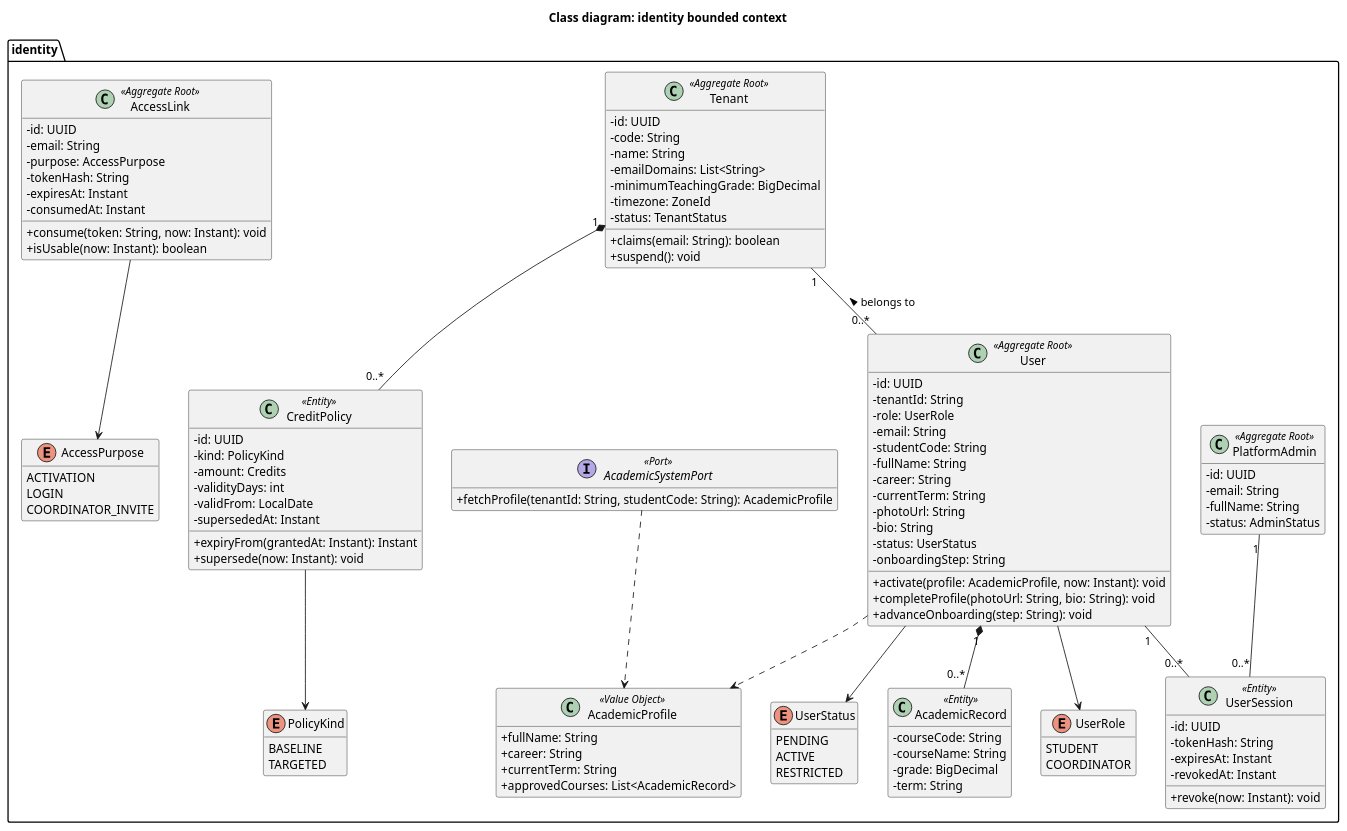
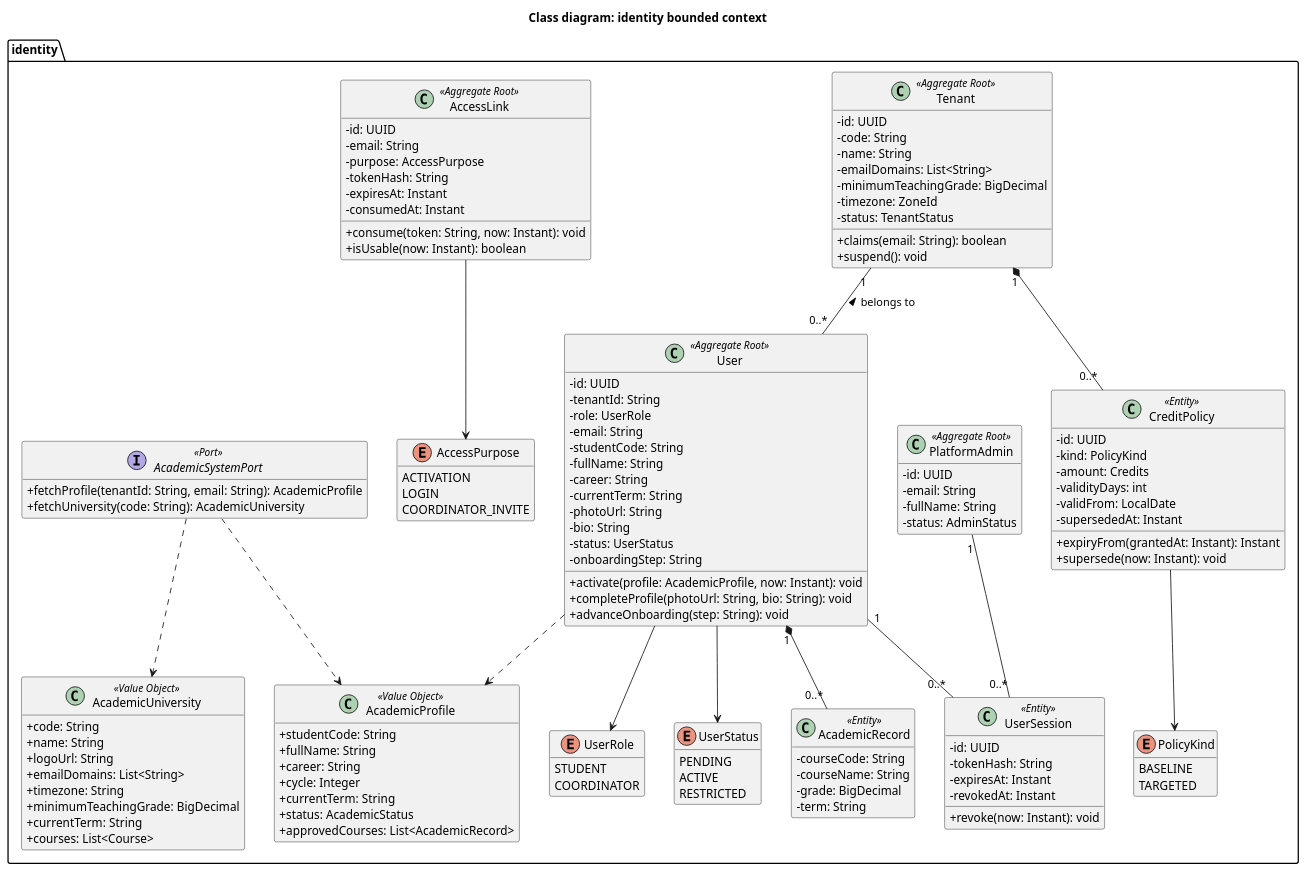
One commit to ayni-team/ayni changed the diagram in docs/architecture/uml/class-identity.puml. Above: the diagram before and after it, drawn with PlantUML. The commit also changed 69 other files, not shown here.

First line of the commit message:
feat(identity): the academic system serves the university, its curriculum and its students (ADR 0006)

```diff
--- a/docs/architecture/uml/class-identity.puml
+++ b/docs/architecture/uml/class-identity.puml
@@ -1,114 +1,129 @@
 @startuml class-identity
 title Class diagram: identity bounded context
 skinparam classAttributeIconSize 0
 hide empty members
 
 package "identity" {
   class Tenant <<Aggregate Root>> {
     - id: UUID
     - code: String
     - name: String
     - emailDomains: List<String>
     - minimumTeachingGrade: BigDecimal
     - timezone: ZoneId
     - status: TenantStatus
     + claims(email: String): boolean
     + suspend(): void
   }
   class CreditPolicy <<Entity>> {
     - id: UUID
     - kind: PolicyKind
     - amount: Credits
     - validityDays: int
     - validFrom: LocalDate
     - supersededAt: Instant
     + expiryFrom(grantedAt: Instant): Instant
     + supersede(now: Instant): void
   }
   class User <<Aggregate Root>> {
     - id: UUID
     - tenantId: String
     - role: UserRole
     - email: String
     - studentCode: String
     - fullName: String
     - career: String
     - currentTerm: String
     - photoUrl: String
     - bio: String
     - status: UserStatus
     - onboardingStep: String
     + activate(profile: AcademicProfile, now: Instant): void
     + completeProfile(photoUrl: String, bio: String): void
     + advanceOnboarding(step: String): void
   }
   class AcademicRecord <<Entity>> {
     - courseCode: String
     - courseName: String
     - grade: BigDecimal
     - term: String
   }
   class AccessLink <<Aggregate Root>> {
     - id: UUID
     - email: String
     - purpose: AccessPurpose
     - tokenHash: String
     - expiresAt: Instant
     - consumedAt: Instant
     + consume(token: String, now: Instant): void
     + isUsable(now: Instant): boolean
   }
   class UserSession <<Entity>> {
     - id: UUID
     - tokenHash: String
     - expiresAt: Instant
     - revokedAt: Instant
     + revoke(now: Instant): void
   }
   class PlatformAdmin <<Aggregate Root>> {
     - id: UUID
     - email: String
     - fullName: String
     - status: AdminStatus
   }
   interface AcademicSystemPort <<Port>> {
-    + fetchProfile(tenantId: String, studentCode: String): AcademicProfile
+    + fetchProfile(tenantId: String, email: String): AcademicProfile
+    + fetchUniversity(code: String): AcademicUniversity
   }
   class AcademicProfile <<Value Object>> {
+    + studentCode: String
     + fullName: String
     + career: String
+    + cycle: Integer
     + currentTerm: String
+    + status: AcademicStatus
     + approvedCourses: List<AcademicRecord>
+  }
+  class AcademicUniversity <<Value Object>> {
+    + code: String
+    + name: String
+    + logoUrl: String
+    + emailDomains: List<String>
+    + timezone: String
+    + minimumTeachingGrade: BigDecimal
+    + currentTerm: String
+    + courses: List<Course>
   }
   enum UserRole {
     STUDENT
     COORDINATOR
   }
   enum UserStatus {
     PENDING
     ACTIVE
     RESTRICTED
   }
   enum AccessPurpose {
     ACTIVATION
     LOGIN
     COORDINATOR_INVITE
   }
   enum PolicyKind {
     BASELINE
     TARGETED
   }
 }
 
 Tenant "1" *-- "0..*" CreditPolicy
 Tenant "1" -- "0..*" User : belongs to <
 User "1" *-- "0..*" AcademicRecord
 User "1" -- "0..*" UserSession
 PlatformAdmin "1" -- "0..*" UserSession
 AcademicSystemPort ..> AcademicProfile
+AcademicSystemPort ..> AcademicUniversity
 User ..> AcademicProfile
 User --> UserRole
 User --> UserStatus
 AccessLink --> AccessPurpose
 CreditPolicy --> PolicyKind
 @enduml
```
